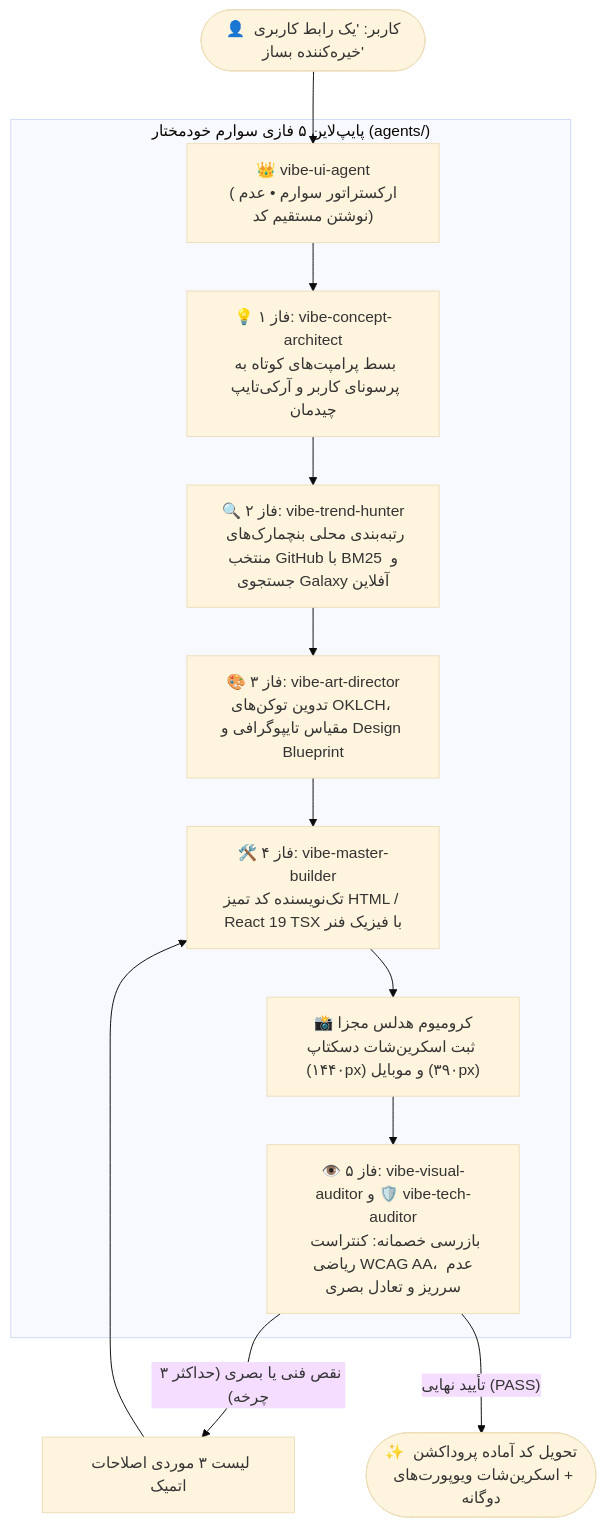
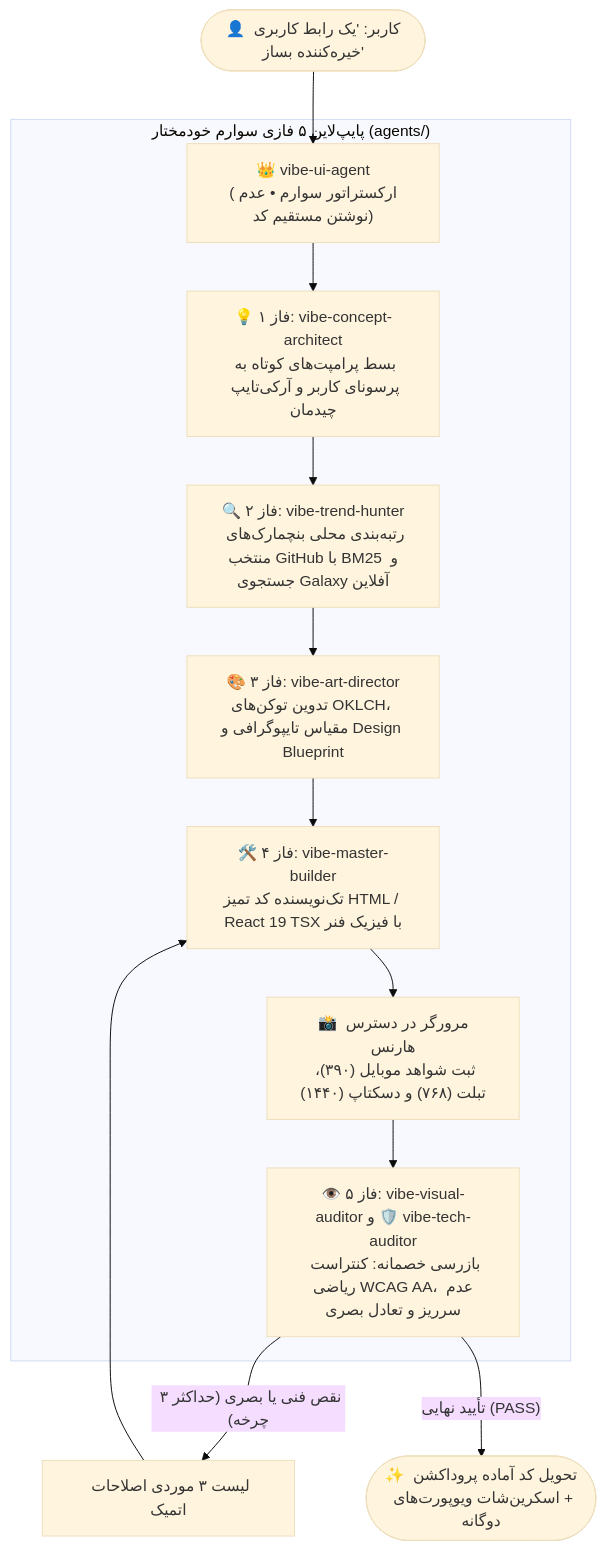
The diagram in README.fa.md (omid-io/vibe-ui-suite), drawn with Mermaid (base theme) before and after one commit. The commit also changed other lines of this file and 53 other files, not shown here.

````diff
--- a/README.fa.md
+++ b/README.fa.md
@@ -84,17 +84,17 @@
 ```mermaid
 flowchart TD
     User(["👤 کاربر: 'یک رابط کاربری خیره‌کننده بساز'"]) --> Orchestrator["👑 vibe-ui-agent<br/>(ارکستراتور سوارم • عدم نوشتن مستقیم کد)"]
     
     subgraph SwarmPipeline ["پایپ‌لاین ۵ فازی سوارم خودمختار (agents/)"]
         Orchestrator --> P1["💡 فاز ۱: vibe-concept-architect<br/>بسط پرامپت‌های کوتاه به پرسونای کاربر و آرکی‌تایپ چیدمان"]
         P1 --> P2["🔍 فاز ۲: vibe-trend-hunter<br/>رتبه‌بندی محلی بنچمارک‌های منتخب GitHub با BM25 و جستجوی Galaxy آفلاین"]
         P2 --> P3["🎨 فاز ۳: vibe-art-director<br/>تدوین توکن‌های OKLCH، مقیاس تایپوگرافی و Design Blueprint"]
         P3 --> P4["🛠️ فاز ۴: vibe-master-builder<br/>تک‌نویسنده کد تمیز HTML / React 19 TSX با فیزیک فنر"]
-        P4 --> P5["📸 کرومیوم هدلس مجزا<br/>ثبت اسکرین‌شات دسکتاپ (۱۴۴۰px) و موبایل (۳۹۰px)"]
+        P4 --> P5["📸 مرورگر در دسترس هارنس<br/>ثبت شواهد موبایل (۳۹۰)، تبلت (۷۶۸) و دسکتاپ (۱۴۴۰)"]
         P5 --> P6["👁️ فاز ۵: vibe-visual-auditor و 🛡️ vibe-tech-auditor<br/>بازرسی خصمانه: کنتراست ریاضی WCAG AA، عدم سرریز و تعادل بصری"]
     end
     
     P6 -- "نقص فنی یا بصری (حداکثر ۳ چرخه)" --> PunchList["لیست ۳ موردی اصلاحات اتمیک"]
     PunchList --> P4
     P6 -- "تأیید نهایی (PASS)" --> Delivery(["✨ تحویل کد آماده پروداکشن + اسکرین‌شات ویوپورت‌های دوگانه"])
 ```
````
